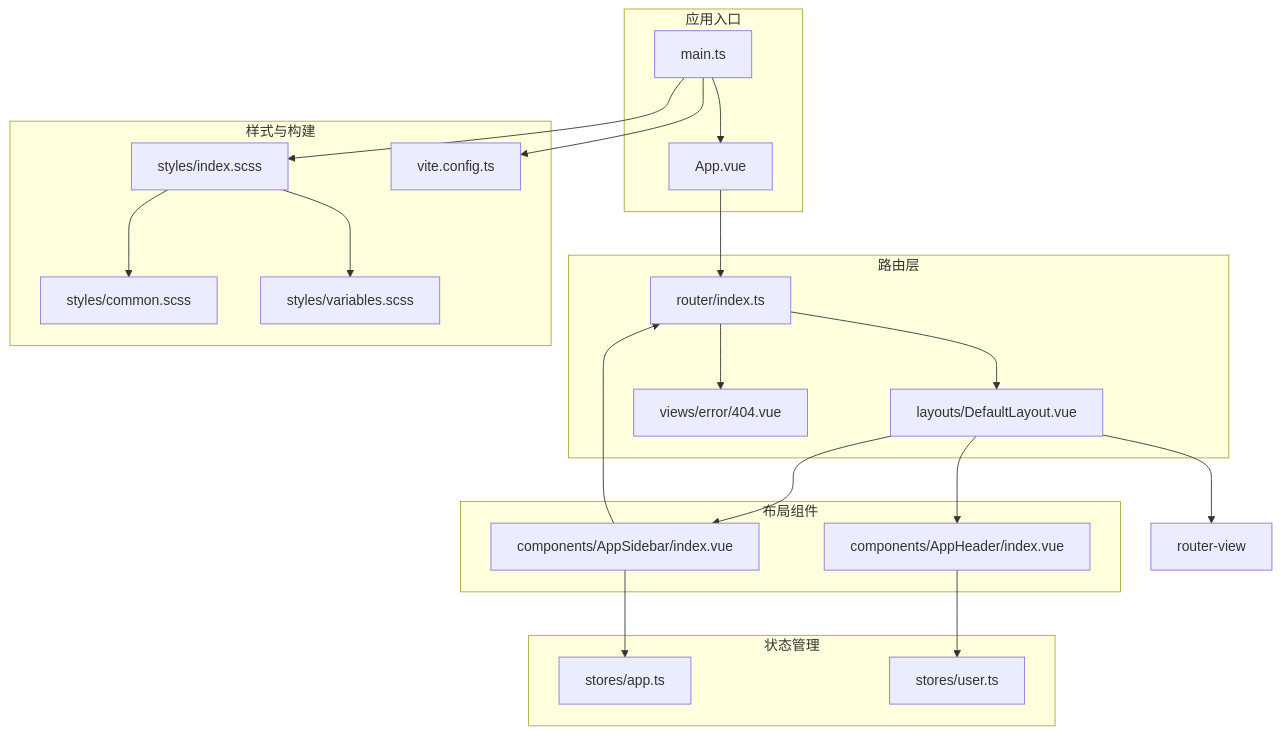
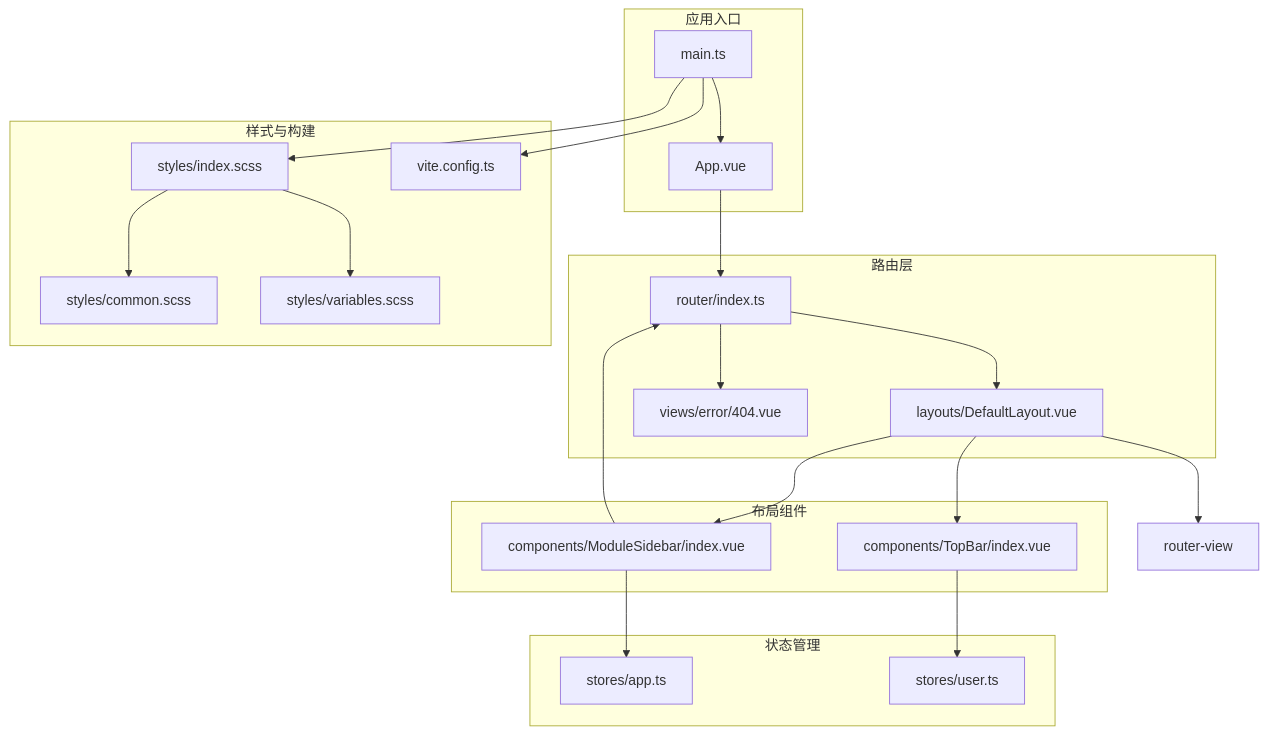
The first of 7 diagrams in .AI/Wiki/Web 管理后台/路由与布局.md (War-Blood/WX_APP_OA), drawn with Mermaid before and after one commit. The commit also changed other lines of this file and 107 other files, not shown here.

````diff
--- a/.AI/Wiki/Web 管理后台/路由与布局.md
+++ b/.AI/Wiki/Web 管理后台/路由与布局.md
@@ -50,40 +50,40 @@
 ```mermaid
 graph TB
 subgraph "应用入口"
 MAIN["main.ts"]
 APP["App.vue"]
 end
 subgraph "路由层"
 ROUTER["router/index.ts"]
 LAYOUT["layouts/DefaultLayout.vue"]
 VIEW_404["views/error/404.vue"]
 end
 subgraph "布局组件"
-HEADER["components/AppHeader/index.vue"]
-SIDEBAR["components/AppSidebar/index.vue"]
+HEADER["components/TopBar/index.vue"]
+SIDEBAR["components/ModuleSidebar/index.vue"]
 end
 subgraph "状态管理"
 STORE_APP["stores/app.ts"]
 STORE_USER["stores/user.ts"]
 end
 subgraph "样式与构建"
 STYLES_INDEX["styles/index.scss"]
 STYLES_COMMON["styles/common.scss"]
 STYLES_VARS["styles/variables.scss"]
 VITE["vite.config.ts"]
 end
 MAIN --> APP
 APP --> ROUTER
 ROUTER --> LAYOUT
 LAYOUT --> HEADER
 LAYOUT --> SIDEBAR
 LAYOUT --> ROUTER_VIEW["router-view"]
 HEADER --> STORE_USER
 SIDEBAR --> STORE_APP
 SIDEBAR --> ROUTER
 ROUTER --> VIEW_404
 MAIN --> STYLES_INDEX
 STYLES_INDEX --> STYLES_COMMON
 STYLES_INDEX --> STYLES_VARS
 MAIN --> VITE
 ```
````
